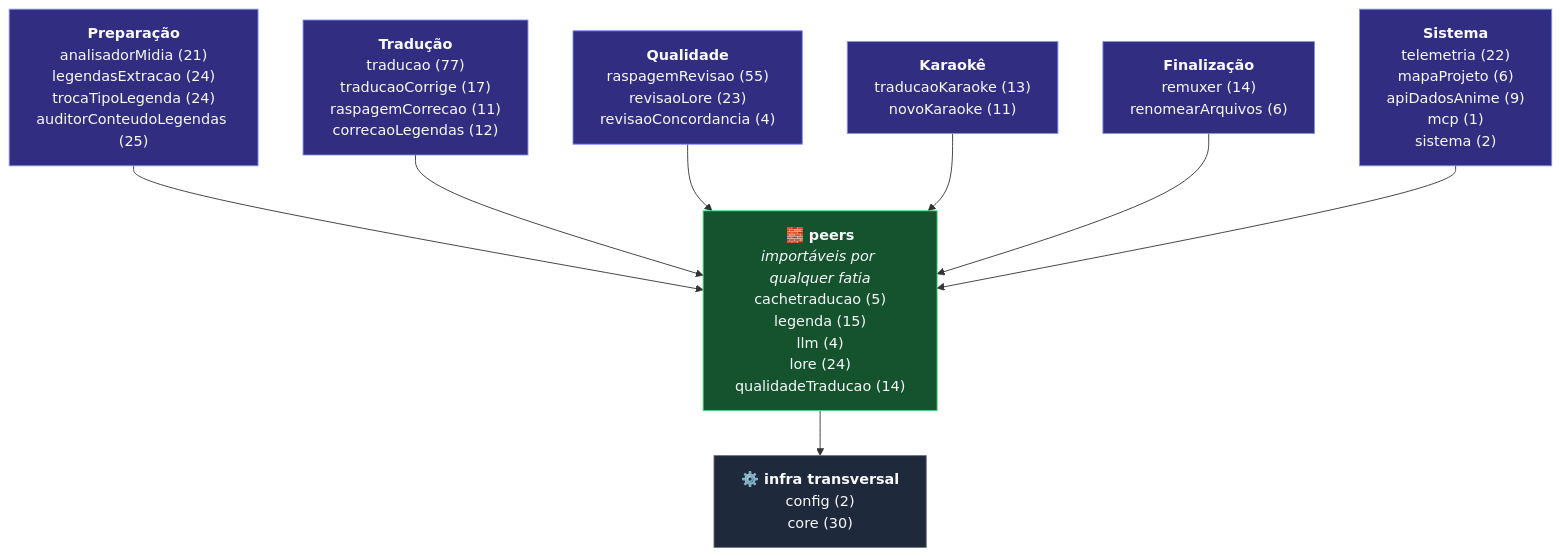
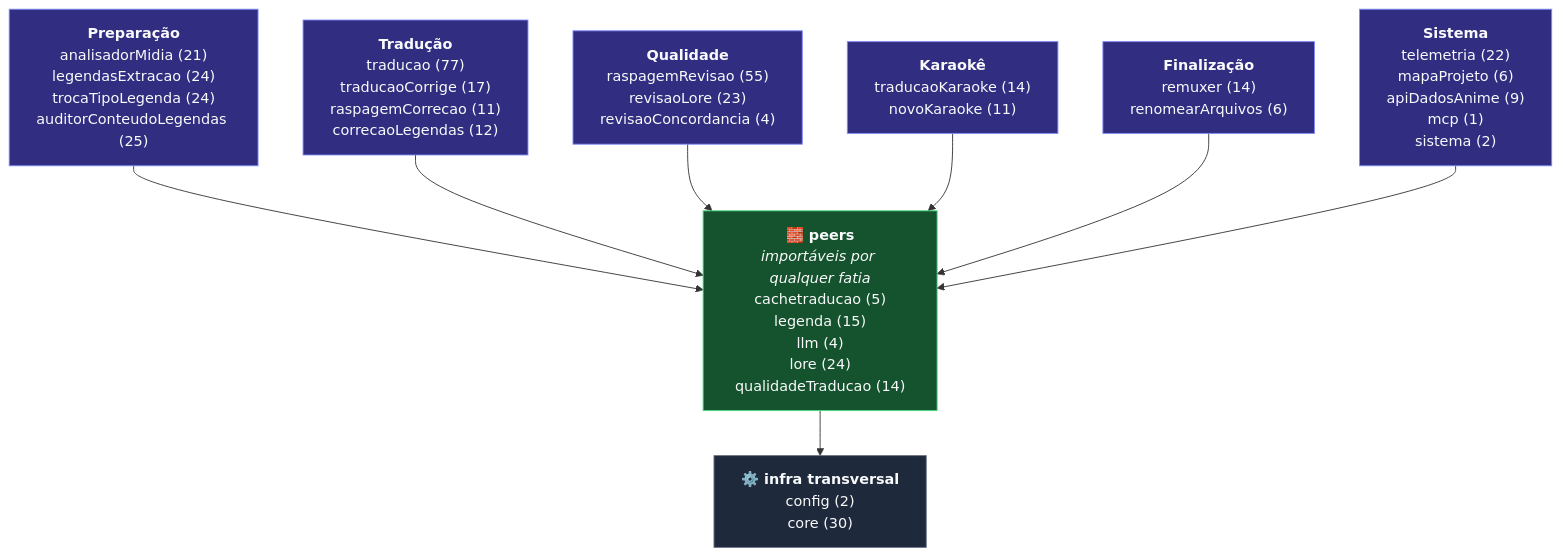
The diagram in docs/ref-esqueleto-projeto.md (carmipa/traducao_animes_llm_local_quarkus-1), drawn with Mermaid before and after one commit. The commit also changed other lines of this file and 7 other files, not shown here.

````diff
--- a/docs/ref-esqueleto-projeto.md
+++ b/docs/ref-esqueleto-projeto.md
@@ -36,21 +36,21 @@
 ```mermaid
 graph TB
     G0["<b>Preparação</b><br/>analisadorMidia (21)<br/>legendasExtracao (24)<br/>trocaTipoLegenda (24)<br/>auditorConteudoLegendas (25)"]:::fatia
     G1["<b>Tradução</b><br/>traducao (77)<br/>traducaoCorrige (17)<br/>raspagemCorrecao (11)<br/>correcaoLegendas (12)"]:::fatia
     G2["<b>Qualidade</b><br/>raspagemRevisao (55)<br/>revisaoLore (23)<br/>revisaoConcordancia (4)"]:::fatia
-    G3["<b>Karaokê</b><br/>traducaoKaraoke (13)<br/>novoKaraoke (11)"]:::fatia
+    G3["<b>Karaokê</b><br/>traducaoKaraoke (14)<br/>novoKaraoke (11)"]:::fatia
     G4["<b>Finalização</b><br/>remuxer (14)<br/>renomearArquivos (6)"]:::fatia
     G5["<b>Sistema</b><br/>telemetria (22)<br/>mapaProjeto (6)<br/>apiDadosAnime (9)<br/>mcp (1)<br/>sistema (2)"]:::fatia
     PEERS["<b>🧱 peers</b><br/><i>importáveis por qualquer fatia</i><br/>cachetraducao (5)<br/>legenda (15)<br/>llm (4)<br/>lore (24)<br/>qualidadeTraducao (14)"]:::peer
     BASE["<b>⚙️ infra transversal</b><br/>config (2)<br/>core (30)"]:::base
     G0 --> PEERS
     G1 --> PEERS
     G2 --> PEERS
     G3 --> PEERS
     G4 --> PEERS
     G5 --> PEERS
     PEERS --> BASE
     classDef fatia fill:#312e81,stroke:#818CF8,color:#F9FAFB
     classDef peer fill:#14532d,stroke:#4ADE80,color:#F9FAFB
     classDef base fill:#1e293b,stroke:#6B7280,color:#F9FAFB
 ```
````
